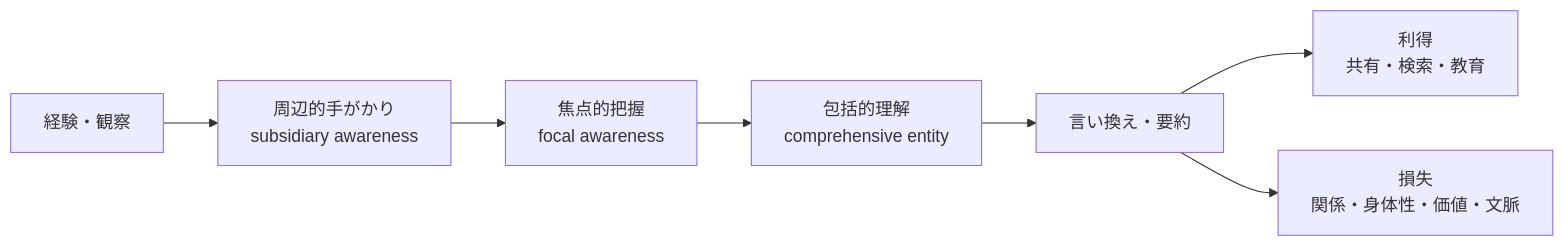
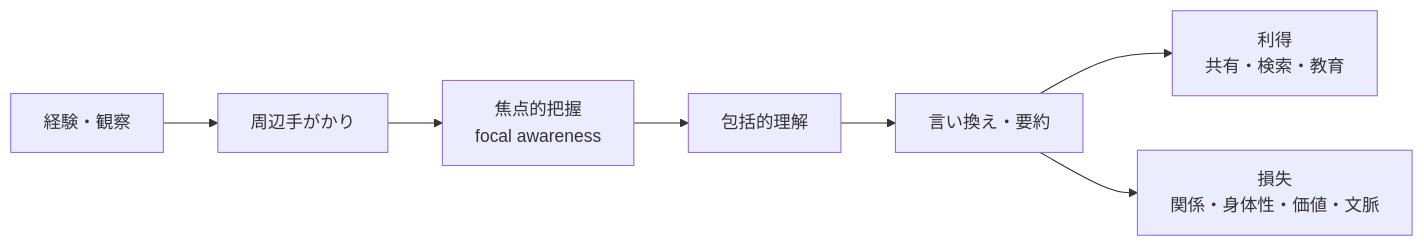
Before and after one commit to daylight55/research: the first of 3 diagrams in src/content/blog/comprehensive-understanding-paraphrase-risk.mdx, drawn with Mermaid. The commit also changed other lines of this file and 20 other files, not shown here.

Commit message:
Mermaid図の表示サイズを調整

````diff
--- a/src/content/blog/comprehensive-understanding-paraphrase-risk.mdx
+++ b/src/content/blog/comprehensive-understanding-paraphrase-risk.mdx
@@ -32,9 +32,9 @@
 ```mermaid
 flowchart LR
-  A["経験・観察"] --> B["周辺的手がかり<br/>subsidiary awareness"]
+  A["経験・観察"] --> B["周辺手がかり"]
   B --> C["焦点的把握<br/>focal awareness"]
-  C --> D["包括的理解<br/>comprehensive entity"]
+  C --> D["包括的理解"]
   D --> E["言い換え・要約"]
   E --> F["利得<br/>共有・検索・教育"]
   E --> G["損失<br/>関係・身体性・価値・文脈"]
 ```
````
